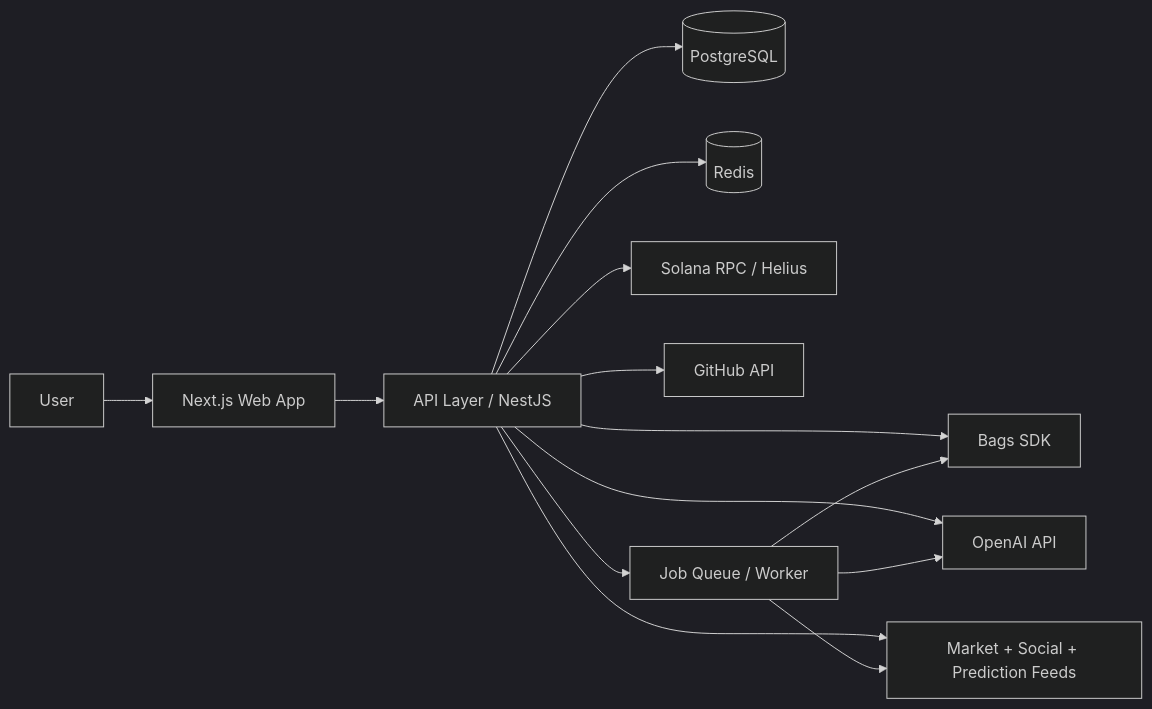
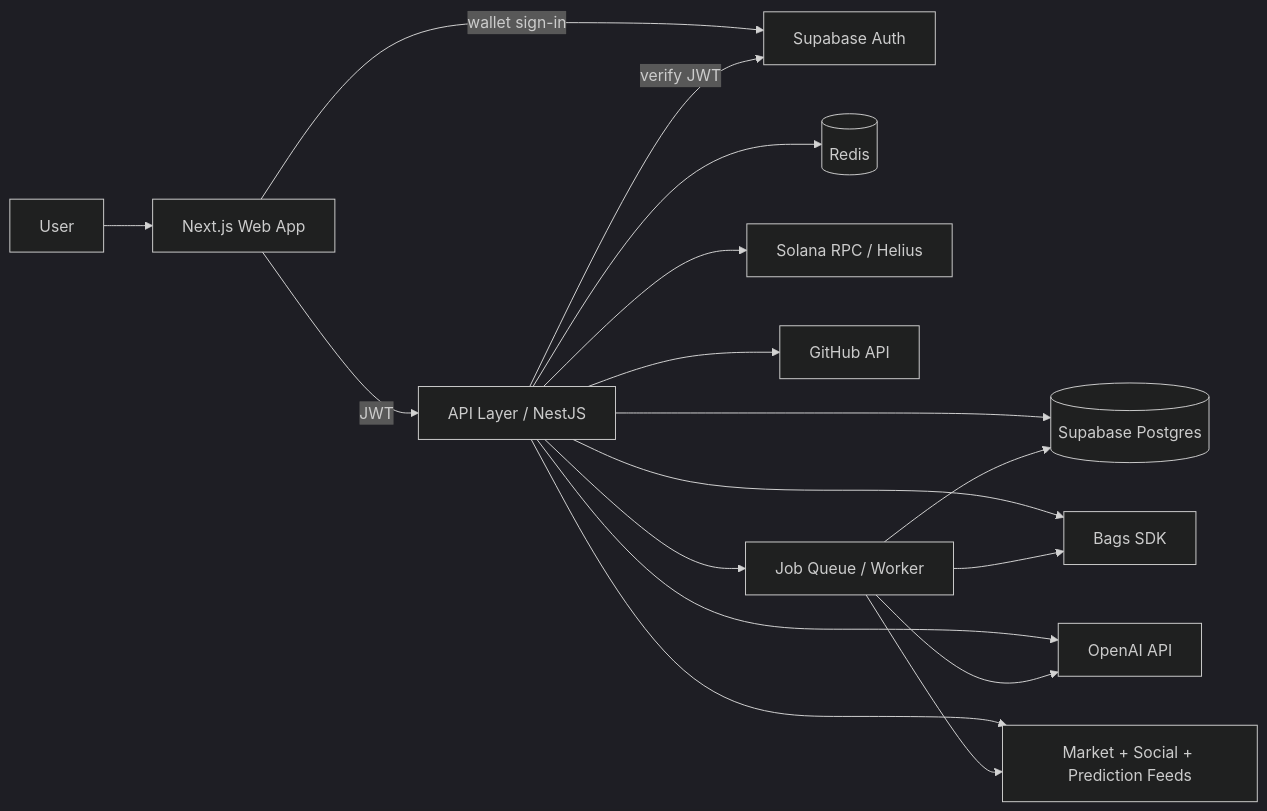
The diagram in docs/architecture.md (Udoka-AM/bagsMarket), drawn with Mermaid (dark theme) before and after one commit. The commit also changed other lines of this file and 26 other files, not shown here.

````diff
--- a/docs/architecture.md
+++ b/docs/architecture.md
@@ -16,16 +16,19 @@
 ```mermaid
 flowchart LR
   U[User] --> W[Next.js Web App]
-  W --> A[API Layer / NestJS]
-  A --> P[(PostgreSQL)]
+  W -->|wallet sign-in| SA[Supabase Auth]
+  W -->|JWT| A[API Layer / NestJS]
+  A -->|verify JWT| SA
+  A --> P[(Supabase Postgres)]
   A --> R[(Redis)]
   A --> B[Bags SDK]
   A --> S[Solana RPC / Helius]
   A --> O[OpenAI API]
   A --> M[Market + Social + Prediction Feeds]
   A --> G[GitHub API]
   A --> Q[Job Queue / Worker]
   Q --> O
   Q --> M
   Q --> B
+  Q --> P
 ```
````
